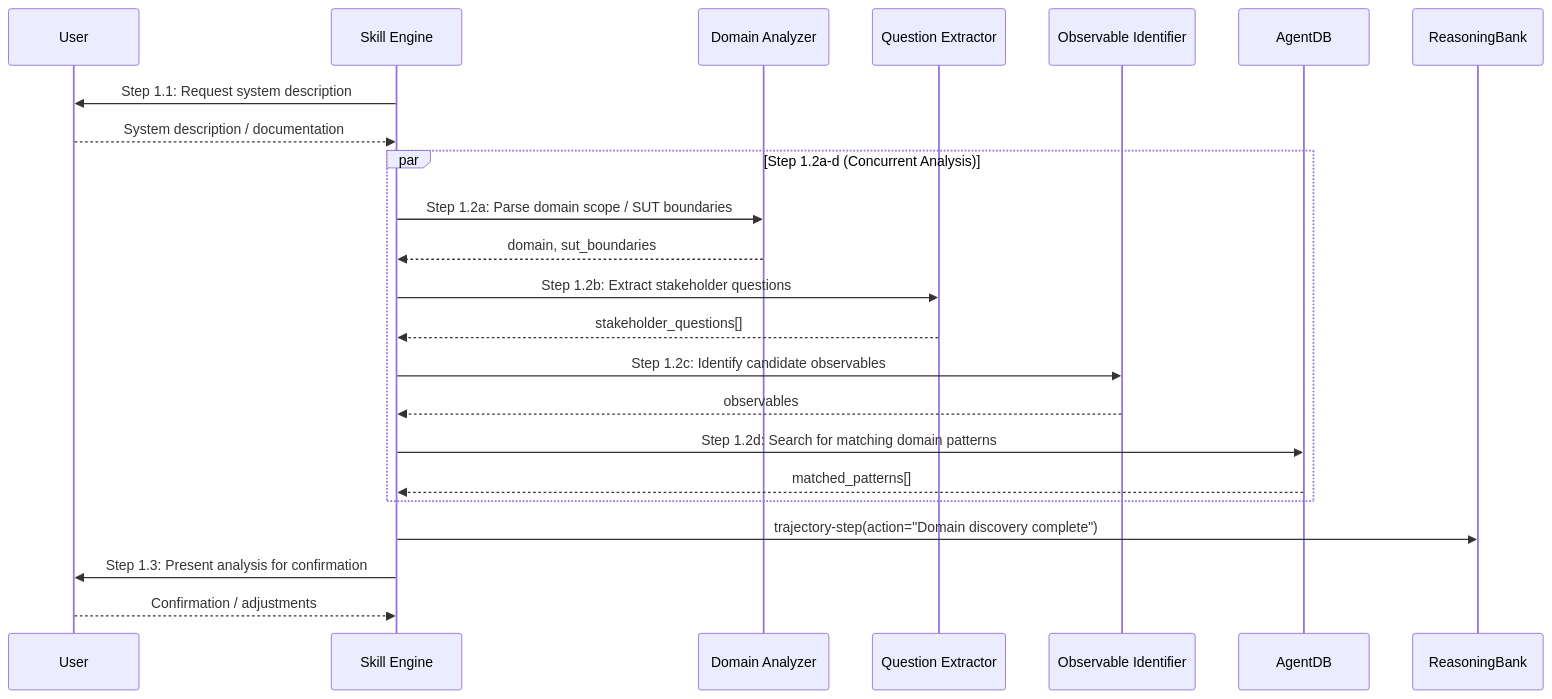
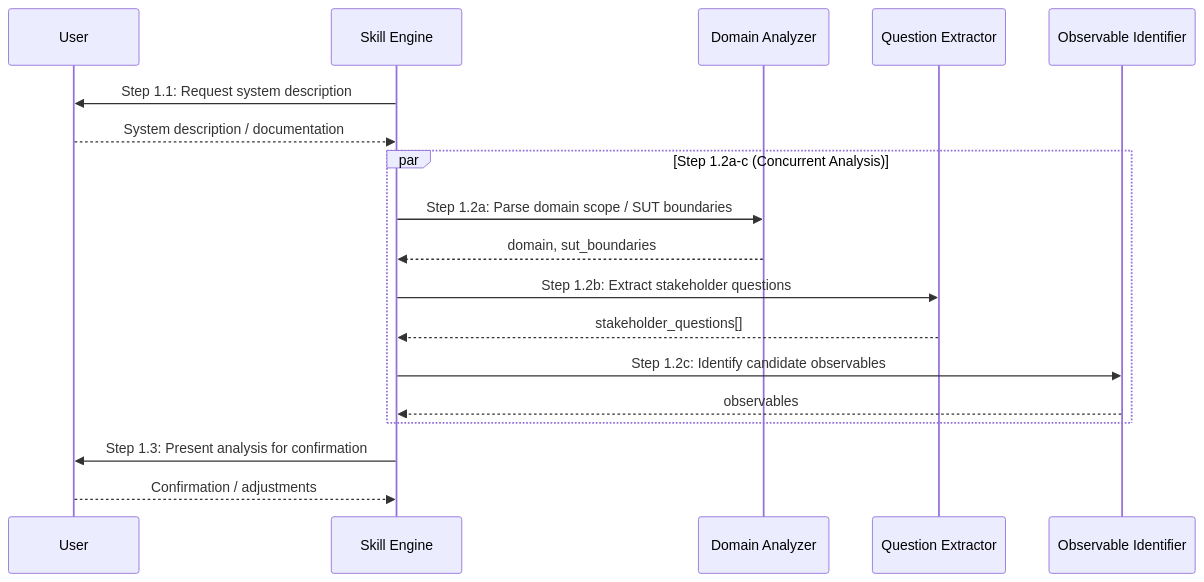
The fourth of 8 diagrams in skills/generate-ef-sut/SKILL.md (ckoertje-rtsync/devs-skills-claude), drawn with Mermaid before and after one commit. The commit also changed other lines of this file, not shown here.

First line of the commit message:
generate-ef-sut: drop AgentDB and ReasoningBank hooks

````diff
--- a/skills/generate-ef-sut/SKILL.md
+++ b/skills/generate-ef-sut/SKILL.md
@@ -460,28 +435,23 @@
 ```mermaid
 sequenceDiagram
     participant U as User
     participant S as Skill Engine
     participant DA as Domain Analyzer
     participant QE as Question Extractor
     participant OI as Observable Identifier
-    participant A as AgentDB
-    participant RB as ReasoningBank
 
     S->>U: Step 1.1: Request system description
     U-->>S: System description / documentation
 
-    par Step 1.2a-d (Concurrent Analysis)
+    par Step 1.2a-c (Concurrent Analysis)
         S->>DA: Step 1.2a: Parse domain scope / SUT boundaries
         DA-->>S: domain, sut_boundaries
         S->>QE: Step 1.2b: Extract stakeholder questions
         QE-->>S: stakeholder_questions[]
         S->>OI: Step 1.2c: Identify candidate observables
         OI-->>S: observables
-        S->>A: Step 1.2d: Search for matching domain patterns
-        A-->>S: matched_patterns[]
     end
 
-    S->>RB: trajectory-step(action="Domain discovery complete")
     S->>U: Step 1.3: Present analysis for confirmation
     U-->>S: Confirmation / adjustments
 ```
````
